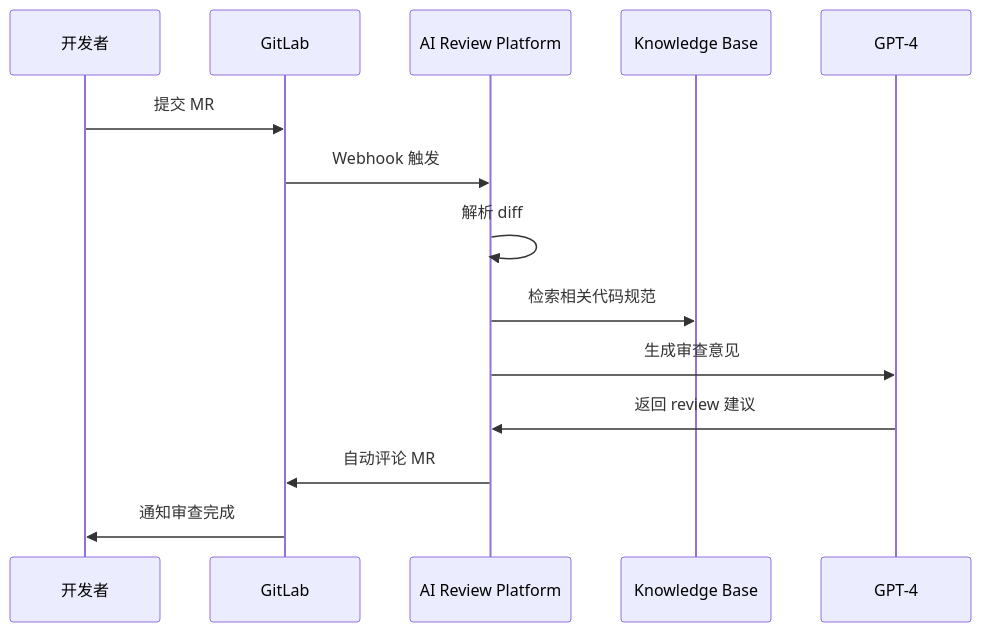
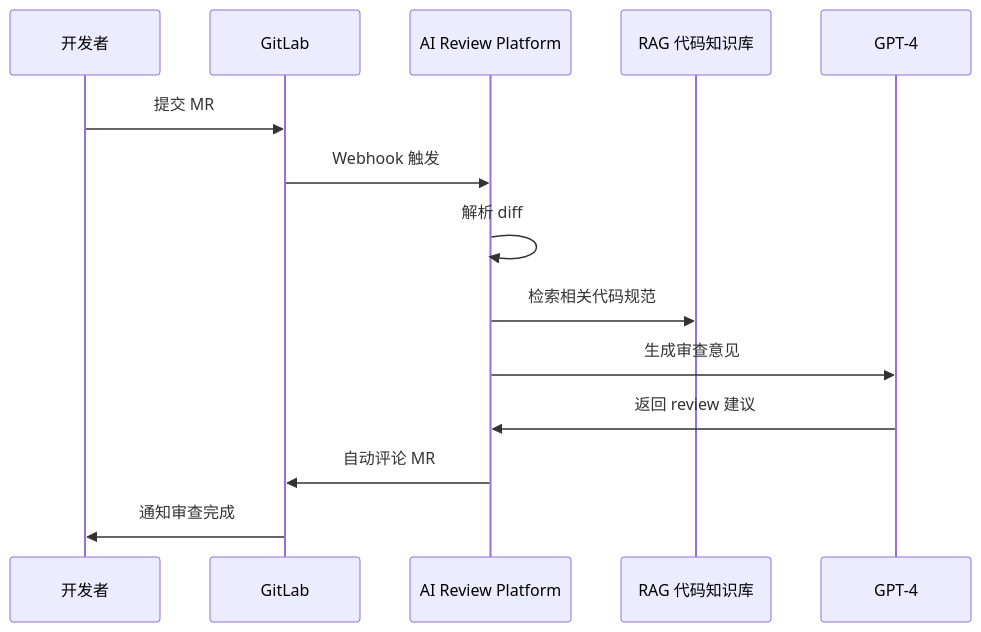
Before and after one commit to corgii-123/my_page: the diagram in content/projects/ai-code-review.mdx, drawn with Mermaid. The commit also changed other lines of this file and 25 other files, not shown here.

````diff
--- a/content/projects/ai-code-review.mdx
+++ b/content/projects/ai-code-review.mdx
@@ -27,17 +28,17 @@
 ```mermaid
 sequenceDiagram
     participant Dev as 开发者
     participant GitLab as GitLab
     participant Platform as AI Review Platform
-    participant KB as Knowledge Base
+    participant KB as RAG 代码知识库
     participant LLM as GPT-4
-    
+
     Dev->>GitLab: 提交 MR
     GitLab->>Platform: Webhook 触发
     Platform->>Platform: 解析 diff
     Platform->>KB: 检索相关代码规范
     Platform->>LLM: 生成审查意见
     LLM->>Platform: 返回 review 建议
     Platform->>GitLab: 自动评论 MR
     GitLab->>Dev: 通知审查完成
 ```
````
